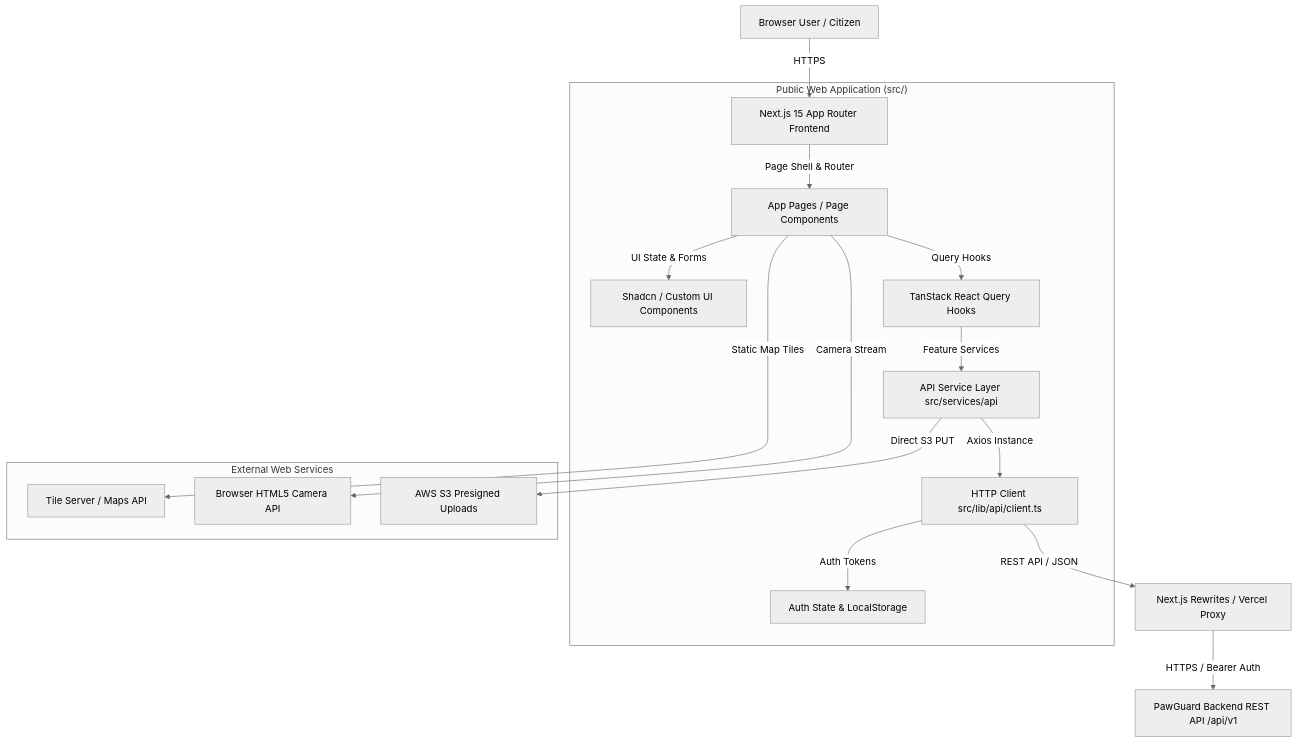
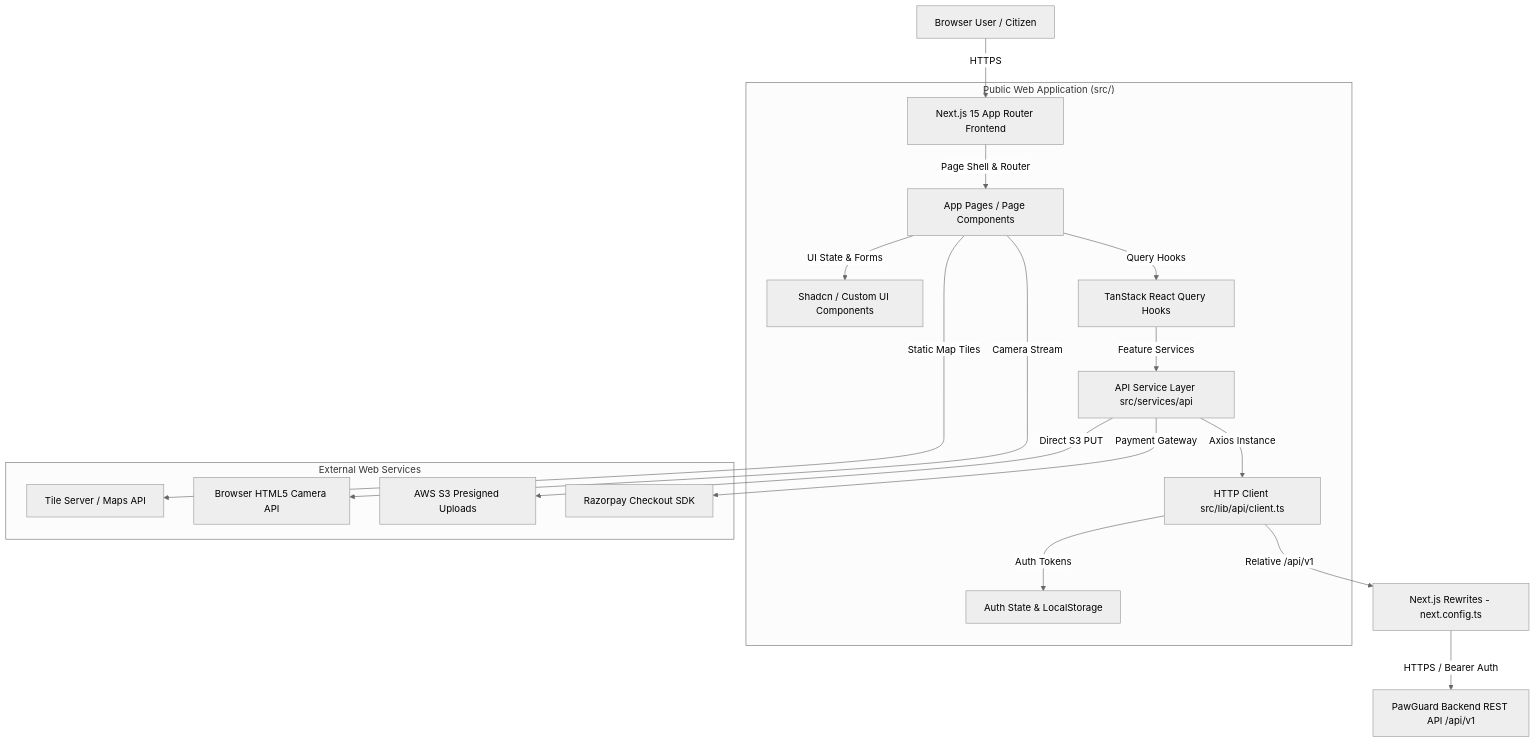
The first of 2 diagrams in docs/01-system-architecture-and-api/README.md (anilpreetham23/pawguard_web_v2), drawn with Mermaid (neutral theme) before and after one commit. The commit also changed other lines of this file and 14 other files, not shown here.

````diff
--- a/docs/01-system-architecture-and-api/README.md
+++ b/docs/01-system-architecture-and-api/README.md
@@ -45,22 +51,23 @@
 ```mermaid
 graph TD
     User[Browser User / Citizen] -->|HTTPS| NextApp[Next.js 15 App Router Frontend]
     
     subgraph "Public Web Application (src/)"
         NextApp -->|Page Shell & Router| Pages[App Pages / Page Components]
         Pages -->|UI State & Forms| Components[Shadcn / Custom UI Components]
         Pages -->|Query Hooks| QueryHooks[TanStack React Query Hooks]
         QueryHooks -->|Feature Services| APIServices[API Service Layer src/services/api]
         APIServices -->|Axios Instance| HTTPClient[HTTP Client src/lib/api/client.ts]
         HTTPClient -->|Auth Tokens| AuthStore[Auth State & LocalStorage]
     end
     
-    HTTPClient -->|REST API / JSON| APIProxy[Next.js Rewrites / Vercel Proxy]
+    HTTPClient -->|Relative /api/v1| APIProxy[Next.js Rewrites - next.config.ts]
     APIProxy -->|HTTPS / Bearer Auth| BackendAPI[PawGuard Backend REST API /api/v1]
     
     subgraph "External Web Services"
         Pages -->|Static Map Tiles| OpenStreetMap[Tile Server / Maps API]
         Pages -->|Camera Stream| BrowserMedia[Browser HTML5 Camera API]
         APIServices -->|Direct S3 PUT| S3Storage[AWS S3 Presigned Uploads]
+        APIServices -->|Payment Gateway| Razorpay[Razorpay Checkout SDK]
     end
 ```
````
